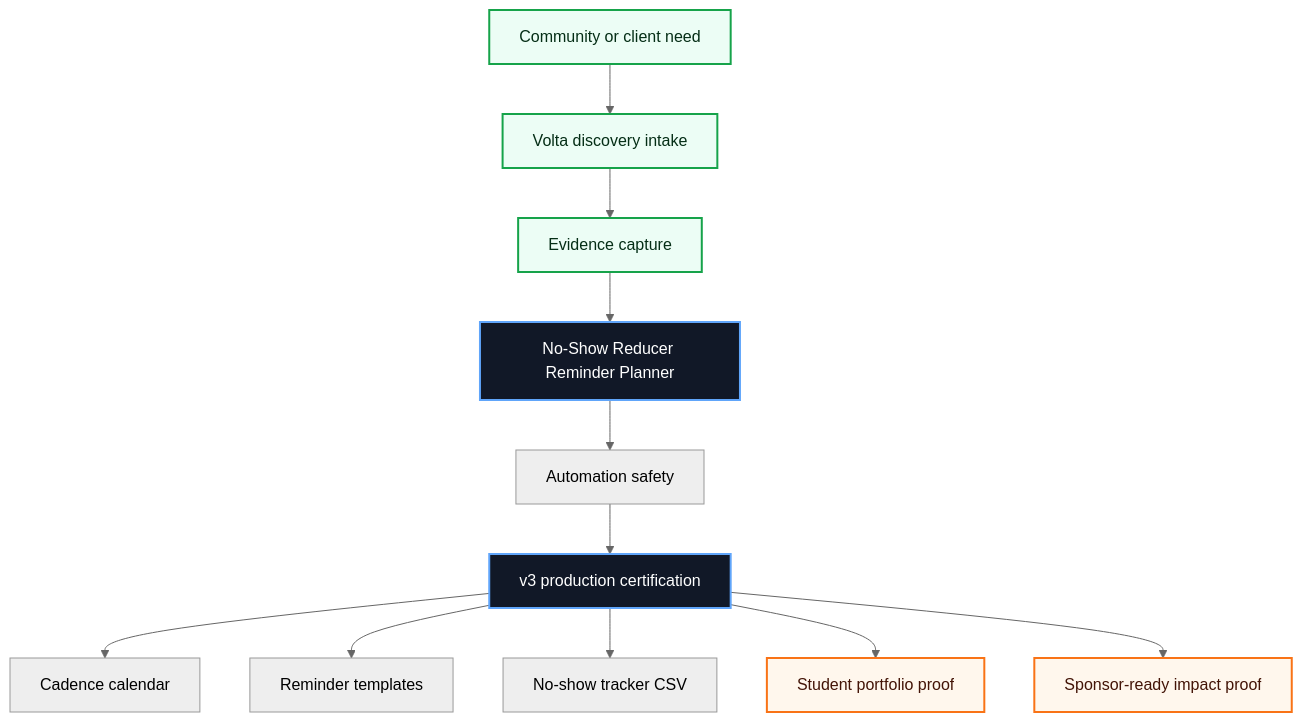
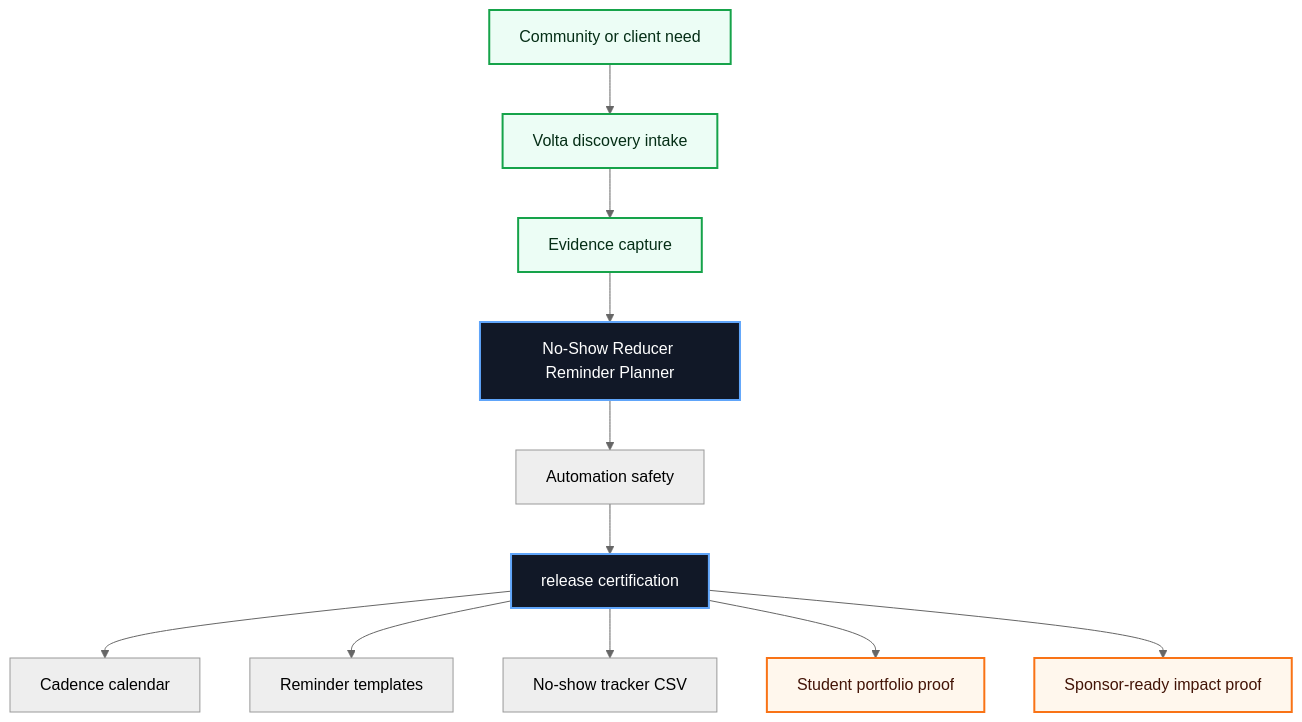
One commit to volta-npo/no-show-reducer changed the first of 3 diagrams in README.md. Above: the diagram before and after it, drawn with Mermaid (neutral theme). The commit also changed other lines of this file and 28 other files, not shown here.

````diff
--- a/README.md
+++ b/README.md
@@ -43,20 +43,20 @@
 ```mermaid
 flowchart TD
     Need["Community or client need"] --> Intake["Volta discovery intake"]
     Intake --> Evidence["Evidence capture"]
     Evidence --> Workbench["No-Show Reducer Reminder Planner"]
     Workbench --> Score["Automation safety"]
-    Score --> Cert["v3 production certification"]
+    Score --> Cert["release certification"]
     Cert --> A1["Cadence calendar"]
     Cert --> A2["Reminder templates"]
     Cert --> A3["No-show tracker CSV"]
     Cert --> Student["Student portfolio proof"]
     Cert --> Sponsor["Sponsor-ready impact proof"]
 
     classDef volta fill:#111827,stroke:#60a5fa,color:#ffffff,stroke-width:2px;
     classDef equity fill:#ecfdf5,stroke:#16a34a,color:#052e16,stroke-width:2px;
     classDef proof fill:#fff7ed,stroke:#f97316,color:#431407,stroke-width:2px;
     class Workbench,Cert volta;
     class Need,Intake,Evidence equity;
     class Student,Sponsor proof;
 ```
````
